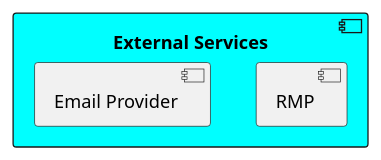
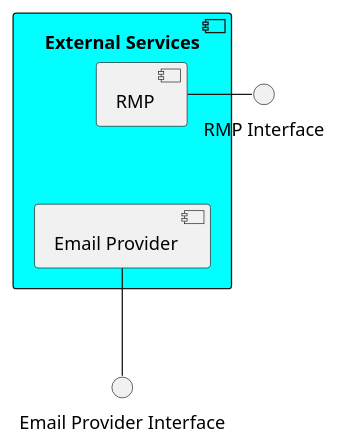
The diagram in _DD/Images/componentDiagrams/componentDiagramExternalServices.wsd (Angelo7672/SE2_Requirement-and-Design-Document), drawn with PlantUML before and after one commit. The commit also changed 4 other files, not shown here.

Commit message:
update 2.2.2, 2.5 and first draw of ER

```diff
--- a/_DD/Images/componentDiagrams/componentDiagramExternalServices.wsd
+++ b/_DD/Images/componentDiagrams/componentDiagramExternalServices.wsd
@@ -1,4 +1,11 @@
 component "External Services" #Cyan{
     component RMP
     component "Email Provider"
 }
+
+interface "RMP Interface"
+interface "Email Provider Interface"
+
+RMP -[hidden]- [Email Provider]
+RMP - [RMP Interface]
+[Email Provider] -- [Email Provider Interface]
```
